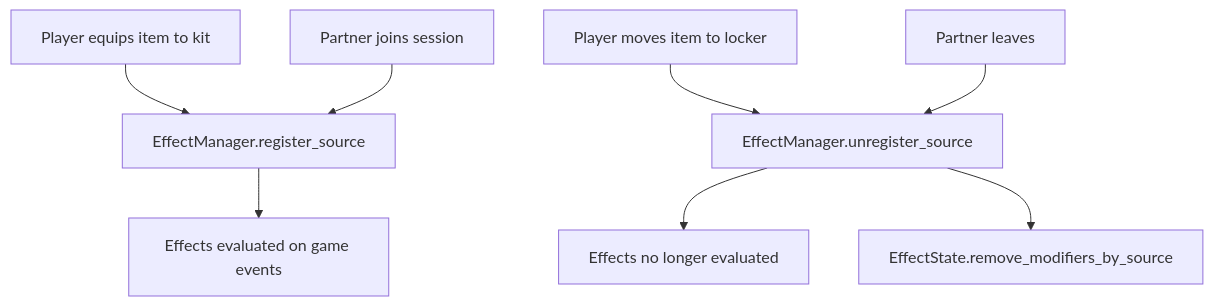
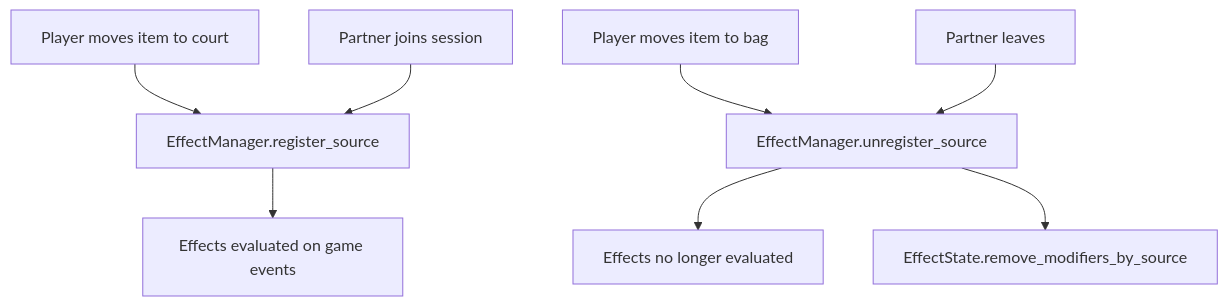
One commit to J-Melon/volley-vendetta changed the eighth of 10 diagrams in designs/01-prototype/07-effect-system.md. Above: the diagram before and after it, drawn with Mermaid. The commit also changed other lines of this file and 10 other files, not shown here.

````diff
--- a/designs/01-prototype/07-effect-system.md
+++ b/designs/01-prototype/07-effect-system.md
@@ -385,11 +386,11 @@
 ```mermaid
 flowchart TD
-    Equip[Player equips item to kit] --> Register[EffectManager.register_source]
-    Unequip[Player moves item to locker] --> Unregister[EffectManager.unregister_source]
+    MoveToCourt[Player moves item to court] --> Register[EffectManager.register_source]
+    MoveToBag[Player moves item to bag] --> Unregister[EffectManager.unregister_source]
     Partner[Partner joins session] --> Register
     PartnerLeave[Partner leaves] --> Unregister
 
     Register --> Active[Effects evaluated on game events]
     Unregister --> Inactive[Effects no longer evaluated]
     Unregister --> Cleanup[EffectState.remove_modifiers_by_source]
 ```
````
